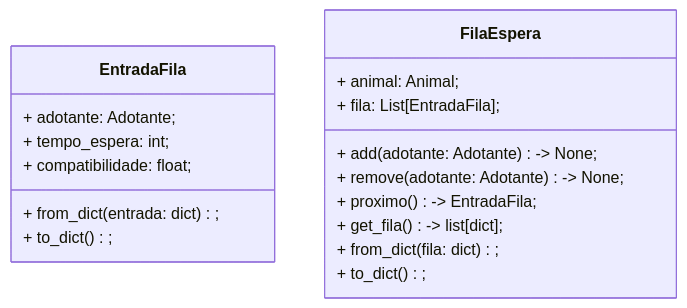
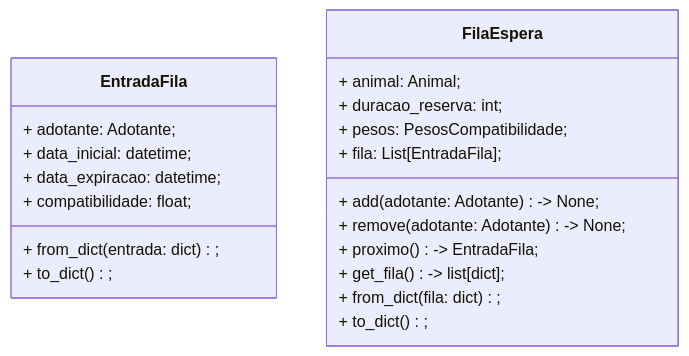
Before and after one commit to Alisson014/projeto-1-poo-sistema-adocao-animais: the third of 8 diagrams in docs/uml.md, drawn with Mermaid. The commit also changed other lines of this file, not shown here.

Commit message:
docs: synchronize uml modeling with models

````diff
--- a/docs/uml.md
+++ b/docs/uml.md
@@ -146,22 +146,25 @@
 ```mermaid
 classDiagram
     %% Classes
     class EntradaFila {
         + adotante: Adotante;
-        + tempo_espera: int;
+        + data_inicial: datetime;
+        + data_expiracao: datetime;
         + compatibilidade: float;
         + from_dict(entrada: dict);
         + to_dict();
     }
 
     class FilaEspera {
         + animal: Animal;
+        + duracao_reserva: int;
+        + pesos: PesosCompatibilidade;
         + fila: List[EntradaFila];
         + add(adotante: Adotante) -> None;
         + remove(adotante: Adotante) -> None;
         + proximo() -> EntradaFila;
         + get_fila() -> list[dict];
         + from_dict(fila: dict);
         + to_dict();
     }
 ```    
````
